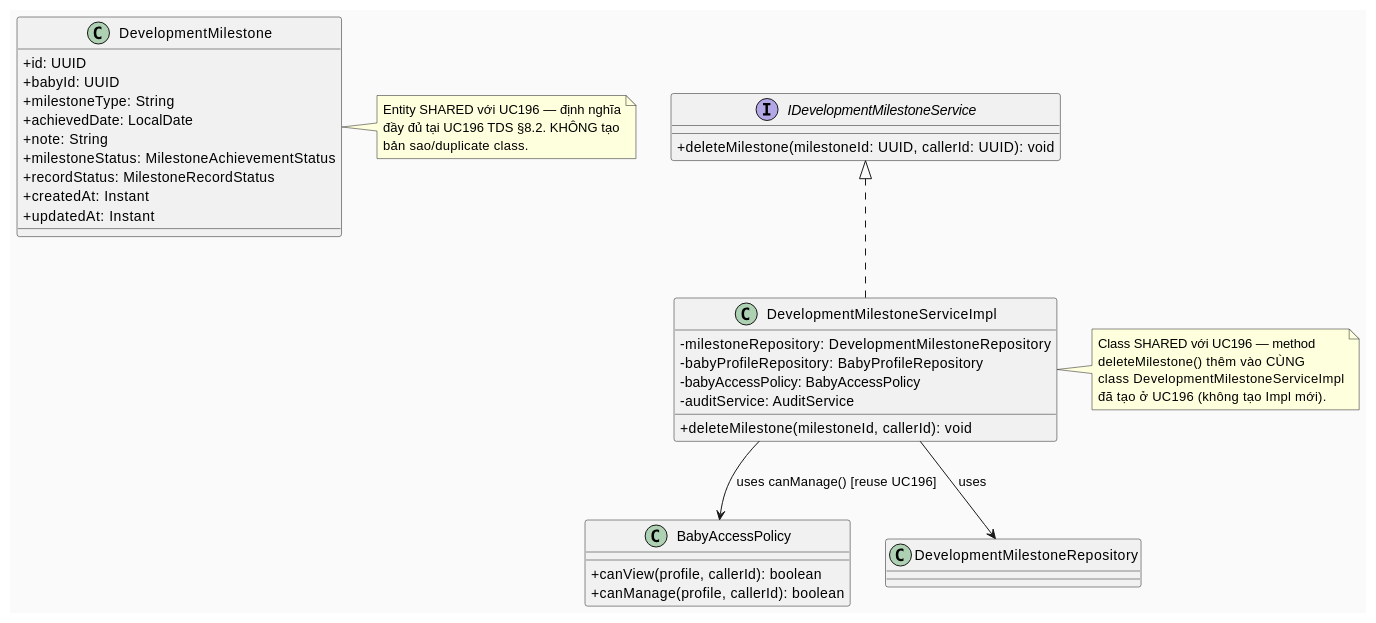
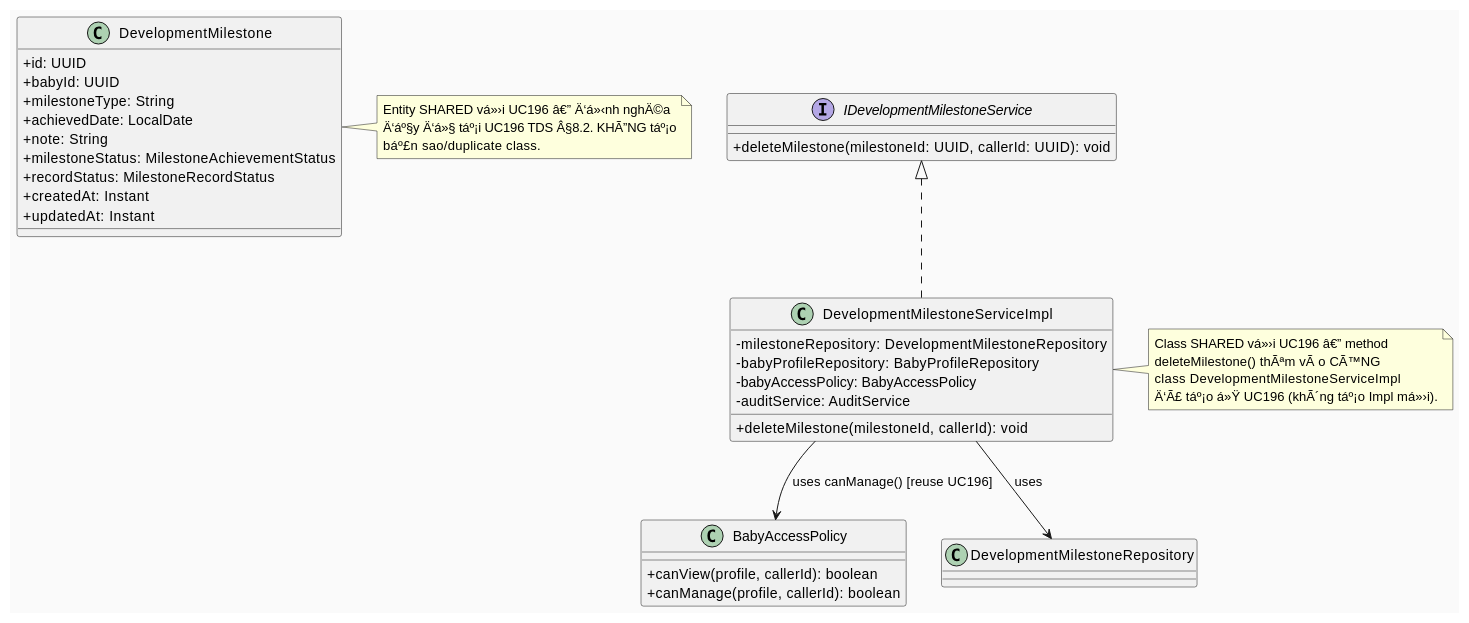
Before and after one commit to ChuongBDHE172784/CareBridge_SEP490_G79: the first of 4 diagrams in 04_Implement/UC197_DeleteDevelopmentMilestone/UC197_DeleteDevelopmentMilestone_TDS.md, drawn with PlantUML. The commit also changed other lines of this file and 201 other files, not shown here.

````diff
--- a/04_Implement/UC197_DeleteDevelopmentMilestone/UC197_DeleteDevelopmentMilestone_TDS.md
+++ b/04_Implement/UC197_DeleteDevelopmentMilestone/UC197_DeleteDevelopmentMilestone_TDS.md
@@ -194,50 +195,50 @@
 ```plantuml
 @startuml DeleteDevelopmentMilestone_ClassDiagram
 skinparam classAttributeIconSize 0
 skinparam backgroundColor #FAFAFA
 
 class DevelopmentMilestone {
   + id: UUID
   + babyId: UUID
   + milestoneType: String
   + achievedDate: LocalDate
   + note: String
   + milestoneStatus: MilestoneAchievementStatus
   + recordStatus: MilestoneRecordStatus
   + createdAt: Instant
   + updatedAt: Instant
 }
 note right of DevelopmentMilestone
-  Entity SHARED với UC196 — định nghĩa
-  đầy đủ tại UC196 TDS §8.2. KHÔNG tạo
-  bản sao/duplicate class.
+  Entity SHARED vá»›i UC196 â€” Ä‘á»‹nh nghÄ©a
+  Ä‘áº§y Ä‘á»§ táº¡i UC196 TDS Â§8.2. KHÃ”NG táº¡o
+  báº£n sao/duplicate class.
 end note
 
 interface IDevelopmentMilestoneService {
   + deleteMilestone(milestoneId: UUID, callerId: UUID): void
 }
 
 class DevelopmentMilestoneServiceImpl implements IDevelopmentMilestoneService {
   - milestoneRepository: DevelopmentMilestoneRepository
   - babyProfileRepository: BabyProfileRepository
   - babyAccessPolicy: BabyAccessPolicy
   - auditService: AuditService
   + deleteMilestone(milestoneId, callerId): void
 }
 note right of DevelopmentMilestoneServiceImpl
-  Class SHARED với UC196 — method
-  deleteMilestone() thêm vào CÙNG
+  Class SHARED vá»›i UC196 â€” method
+  deleteMilestone() thÃªm vÃ o CÃ™NG
   class DevelopmentMilestoneServiceImpl
-  đã tạo ở UC196 (không tạo Impl mới).
+  Ä‘Ã£ táº¡o á»Ÿ UC196 (khÃ´ng táº¡o Impl má»›i).
 end note
 
 class BabyAccessPolicy {
   + canView(profile, callerId): boolean
   + canManage(profile, callerId): boolean
 }
 
 DevelopmentMilestoneServiceImpl --> DevelopmentMilestoneRepository : uses
 DevelopmentMilestoneServiceImpl --> BabyAccessPolicy : uses canManage() [reuse UC196]
 
 @enduml
 ```
````
